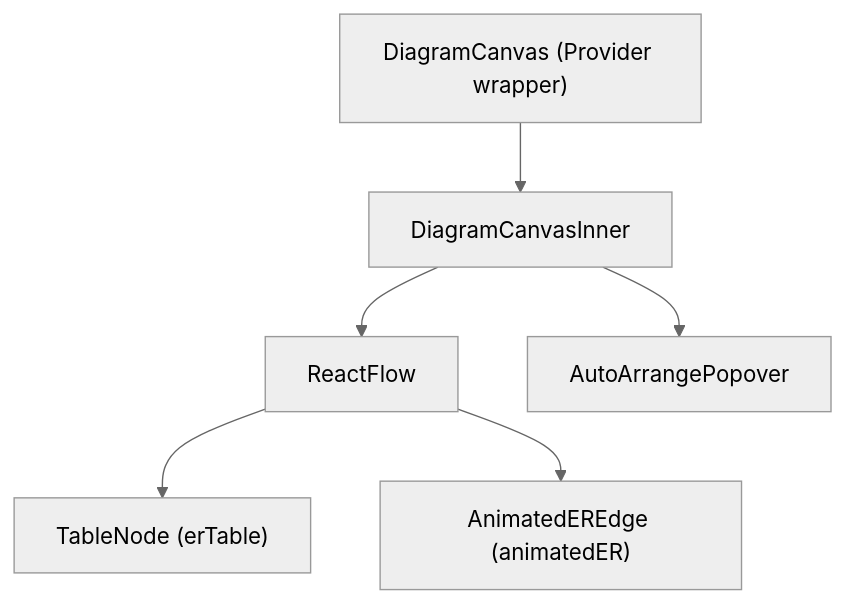
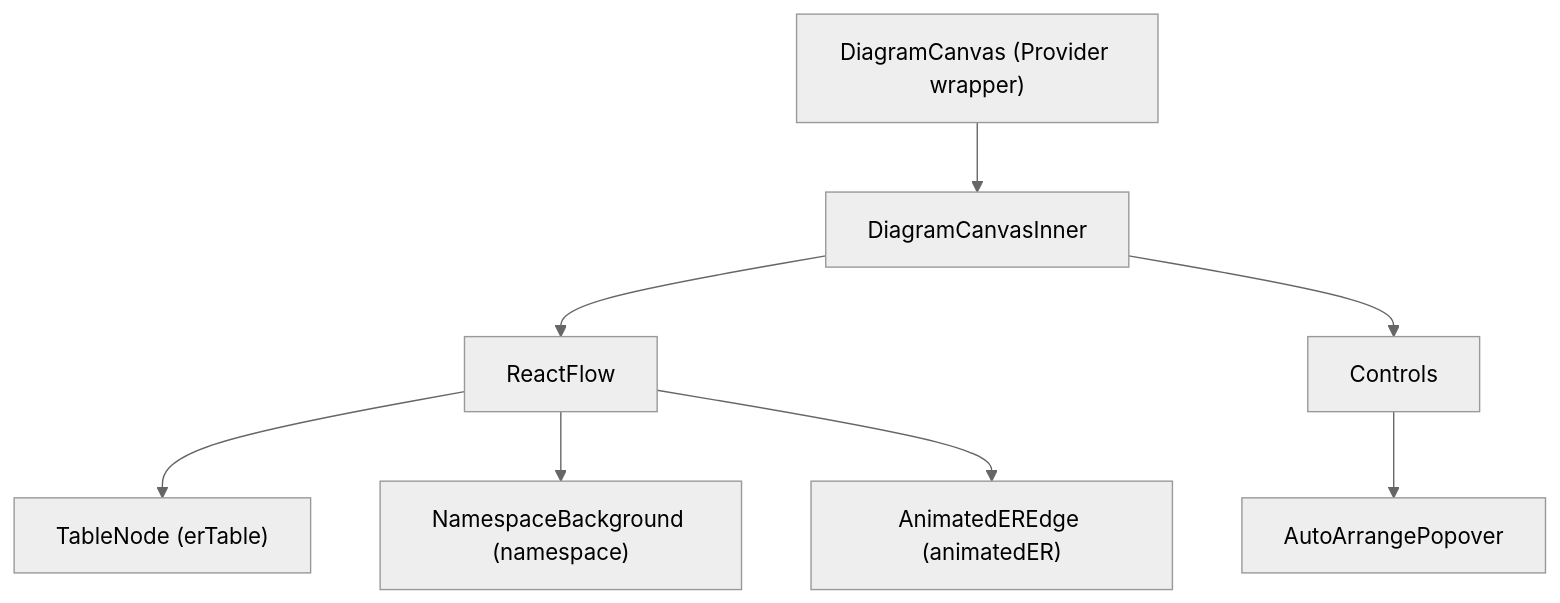
Before and after one commit to Carlosmps97/web-data-model-hub: the sixth of 7 diagrams in doc/architecture.md, drawn with Mermaid (neutral theme). The commit also changed other lines of this file and 5 other files, not shown here.

````diff
--- a/doc/architecture.md
+++ b/doc/architecture.md
@@ -92,15 +272,19 @@
 ```mermaid
 graph TD
-    DCP["DiagramCanvas (Provider wrapper)"]
+    DC["DiagramCanvas (Provider wrapper)"]
     DCI["DiagramCanvasInner"]
-    RF2["ReactFlow"]
-    TN2["TableNode (erTable)"]
-    AE2["AnimatedEREdge (animatedER)"]
-    AAP2["AutoArrangePopover"]
+    RF["ReactFlow"]
+    TN["TableNode (erTable)"]
+    NS["NamespaceBackground (namespace)"]
+    AE["AnimatedEREdge (animatedER)"]
+    CTRL["Controls"]
+    AAP["AutoArrangePopover"]
 
-    DCP --> DCI
-    DCI --> RF2
-    RF2 --> TN2
-    RF2 --> AE2
-    DCI --> AAP2
+    DC --> DCI
+    DCI --> RF
+    RF --> TN
+    RF --> NS
+    RF --> AE
+    DCI --> CTRL
+    CTRL --> AAP
 ```
````
